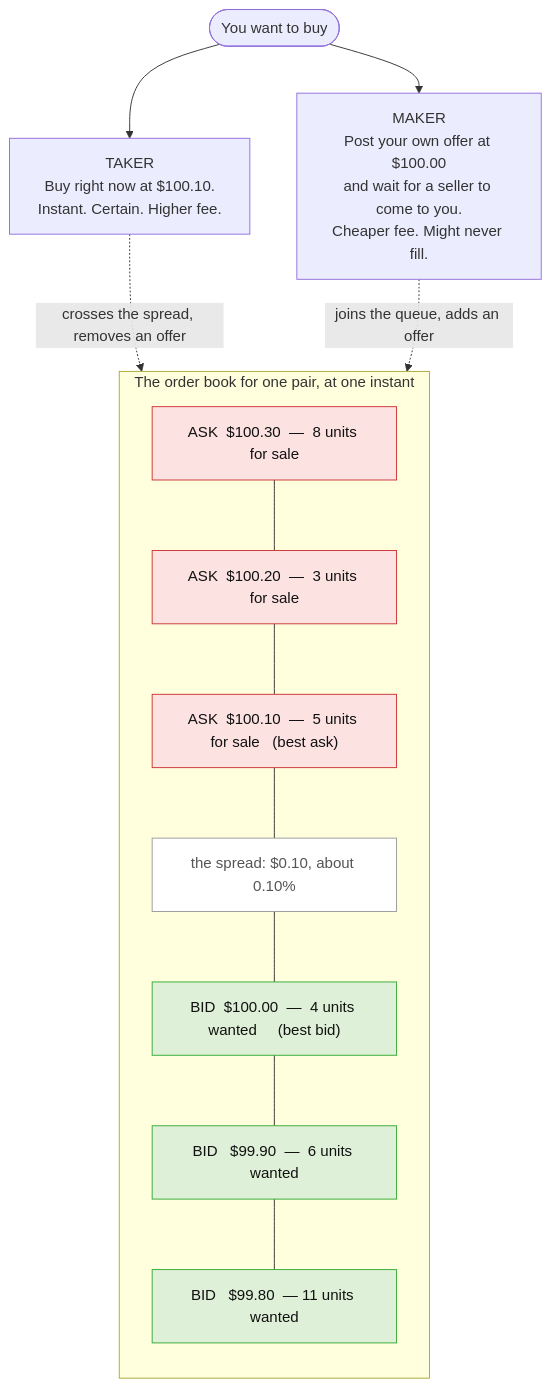
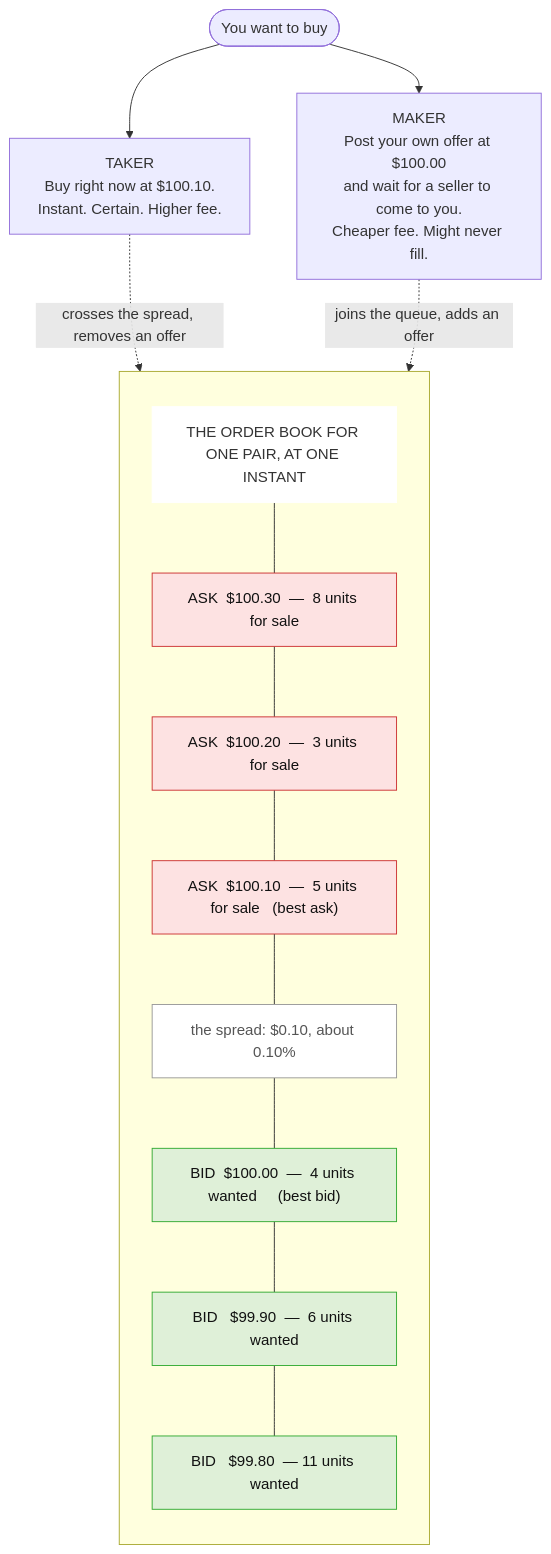
One commit to alqahtanis0001/ACSOE changed the first of 4 diagrams in docs/SYSTEM-EXPLAINED.md. Above: the diagram before and after it, drawn with Mermaid. The commit also changed 2 other files, not shown here.

````diff
--- a/docs/SYSTEM-EXPLAINED.md
+++ b/docs/SYSTEM-EXPLAINED.md
@@ -71,30 +71,33 @@
 ```mermaid
 flowchart TB
-    subgraph book["The order book for one pair, at one instant"]
+    subgraph book[" "]
       direction TB
+      bt["THE ORDER BOOK FOR ONE PAIR, AT ONE INSTANT"]
       a3["ASK  $100.30  —  8 units for sale"]
       a2["ASK  $100.20  —  3 units for sale"]
       a1["ASK  $100.10  —  5 units for sale   (best ask)"]
       gapline["the spread: $0.10, about 0.10%"]
       b1["BID  $100.00  —  4 units wanted     (best bid)"]
       b2["BID   $99.90  —  6 units wanted"]
       b3["BID   $99.80  — 11 units wanted"]
-      a3 --- a2 --- a1 --- gapline --- b1 --- b2 --- b3
+      bt --- a3 --- a2 --- a1 --- gapline --- b1 --- b2 --- b3
     end
 
     you(["You want to buy"])
     taker["TAKER<br/>Buy right now at $100.10.<br/>Instant. Certain. Higher fee."]
     maker["MAKER<br/>Post your own offer at $100.00<br/>and wait for a seller to come to you.<br/>Cheaper fee. Might never fill."]
 
     you --> taker
     you --> maker
     taker -.->|"crosses the spread, removes an offer"| a1
     maker -.->|"joins the queue, adds an offer"| b1
 
+    classDef ttl fill:#ffffff,stroke:#ffffff,color:#333333
     classDef ask fill:#fde2e2,stroke:#c33,color:#111
     classDef bid fill:#dff0d8,stroke:#3a3,color:#111
     classDef mid fill:#ffffff,stroke:#999999,color:#555555
     class a1,a2,a3 ask
     class b1,b2,b3 bid
     class gapline mid
+    class bt ttl
 ```
````
